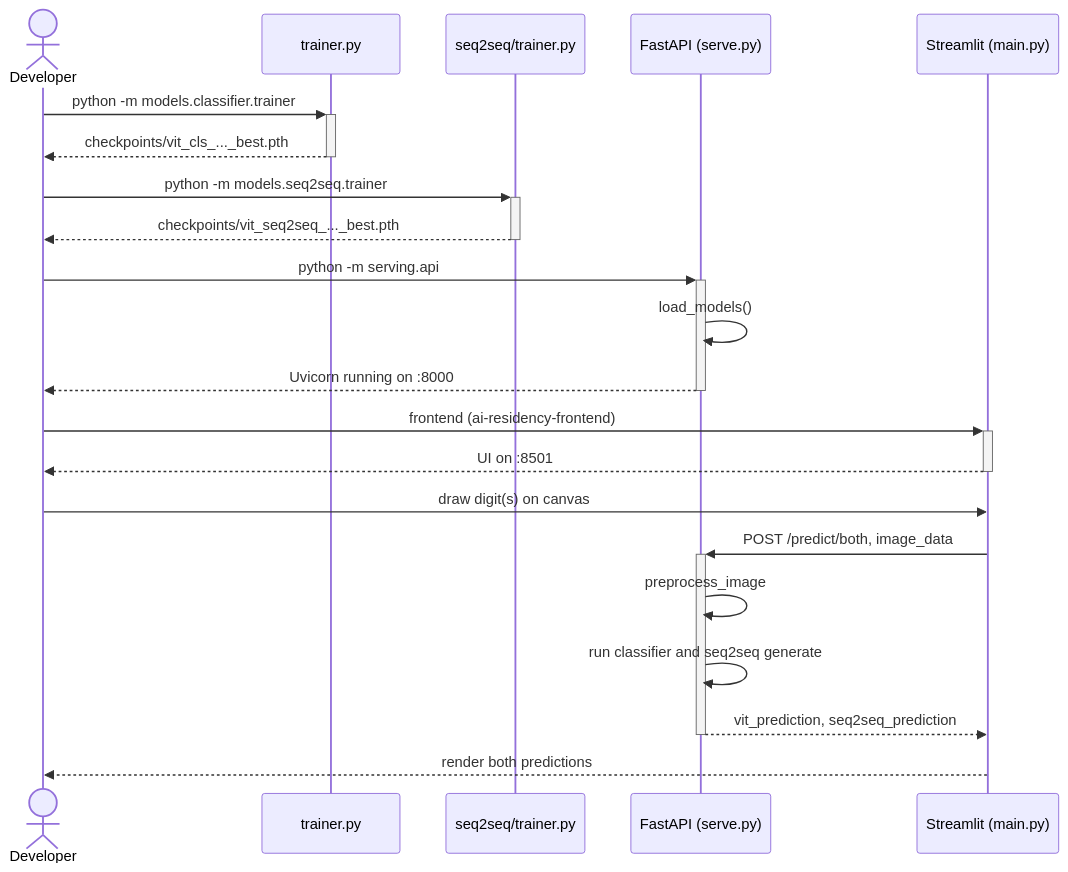
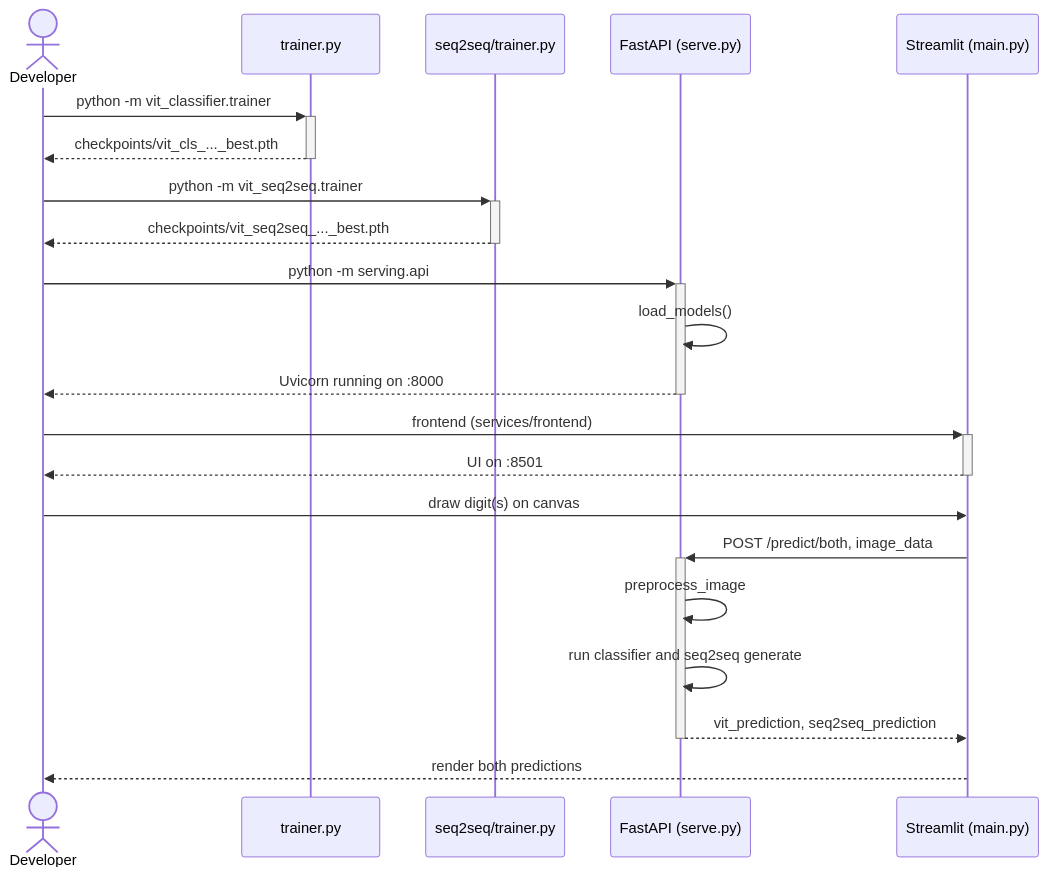
Before and after one commit to RoshBeed/ai-residency: the second of 2 diagrams in services/vit-classifier/README.md, drawn with Mermaid. The commit also changed other lines of this file and 42 other files, not shown here.

````diff
--- a/services/vit-classifier/README.md
+++ b/services/vit-classifier/README.md
@@ -119,28 +119,28 @@
 ```mermaid
 sequenceDiagram
     actor Dev as Developer
     participant CT as trainer.py
     participant ST as seq2seq/trainer.py
     participant API as FastAPI (serve.py)
     participant UI as Streamlit (main.py)
 
-    Dev->>+CT: python -m models.classifier.trainer
+    Dev->>+CT: python -m vit_classifier.trainer
     CT-->>-Dev: checkpoints/vit_cls_..._best.pth
 
-    Dev->>+ST: python -m models.seq2seq.trainer
+    Dev->>+ST: python -m vit_seq2seq.trainer
     ST-->>-Dev: checkpoints/vit_seq2seq_..._best.pth
 
     Dev->>+API: python -m serving.api
     API->>API: load_models()
     API-->>-Dev: Uvicorn running on :8000
 
-    Dev->>+UI: frontend (ai-residency-frontend)
+    Dev->>+UI: frontend (services/frontend)
     UI-->>-Dev: UI on :8501
 
     Dev->>UI: draw digit(s) on canvas
     UI->>+API: POST /predict/both, image_data
     API->>API: preprocess_image
     API->>API: run classifier and seq2seq generate
     API-->>-UI: vit_prediction, seq2seq_prediction
     UI-->>Dev: render both predictions
 ```
````
